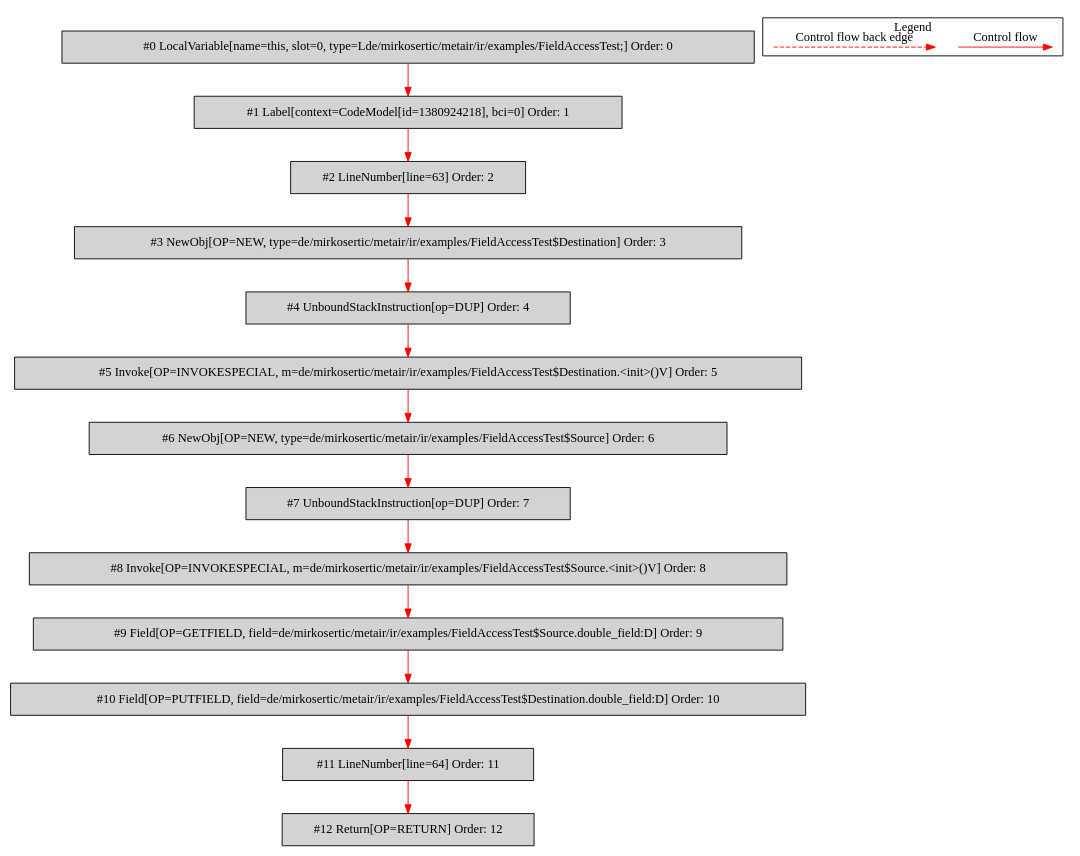
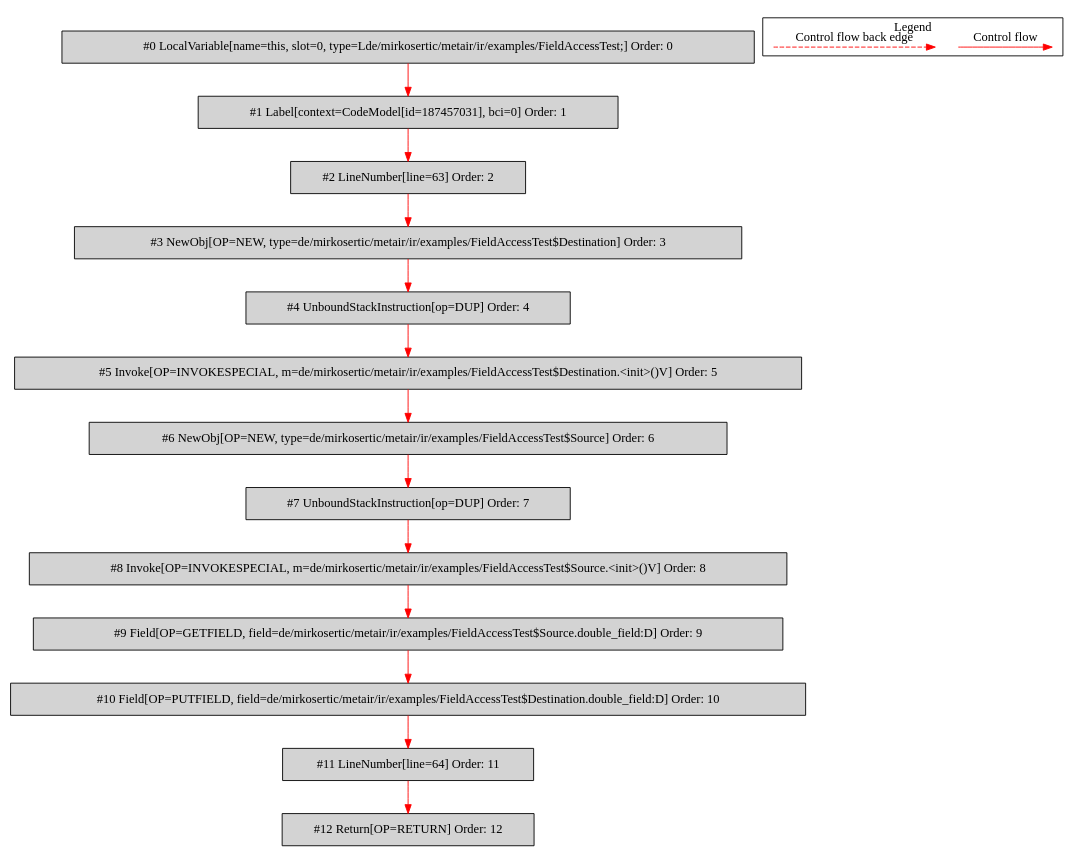
Before and after one commit to mirkosertic/MetaIR: the diagram in de.mirkosertic.metair.ir.examples.FieldAccessTest/copy_double/bytecodecfg.dot, drawn with Graphviz. The commit also changed 1238 other files, not shown here.

```diff
--- a/de.mirkosertic.metair.ir.examples.FieldAccessTest/copy_double/bytecodecfg.dot
+++ b/de.mirkosertic.metair.ir.examples.FieldAccessTest/copy_double/bytecodecfg.dot
@@ -1,42 +1,42 @@
 digraph {
  ordering="in";
  node0[label="#0 LocalVariable[name=this, slot=0, type=Lde/mirkosertic/metair/ir/examples/FieldAccessTest;] Order: 0", shape=box, fillcolor=lightgrey, style=filled];
- node1[label="#1 Label[context=CodeModel[id=1380924218], bci=0] Order: 1", shape=box, fillcolor=lightgrey, style=filled];
+ node1[label="#1 Label[context=CodeModel[id=187457031], bci=0] Order: 1", shape=box, fillcolor=lightgrey, style=filled];
  node2[label="#2 LineNumber[line=63] Order: 2", shape=box, fillcolor=lightgrey, style=filled];
  node3[label="#3 NewObj[OP=NEW, type=de/mirkosertic/metair/ir/examples/FieldAccessTest$Destination] Order: 3", shape=box, fillcolor=lightgrey, style=filled];
  node4[label="#4 UnboundStackInstruction[op=DUP] Order: 4", shape=box, fillcolor=lightgrey, style=filled];
  node5[label="#5 Invoke[OP=INVOKESPECIAL, m=de/mirkosertic/metair/ir/examples/FieldAccessTest$Destination.<init>()V] Order: 5", shape=box, fillcolor=lightgrey, style=filled];
  node6[label="#6 NewObj[OP=NEW, type=de/mirkosertic/metair/ir/examples/FieldAccessTest$Source] Order: 6", shape=box, fillcolor=lightgrey, style=filled];
  node7[label="#7 UnboundStackInstruction[op=DUP] Order: 7", shape=box, fillcolor=lightgrey, style=filled];
  node8[label="#8 Invoke[OP=INVOKESPECIAL, m=de/mirkosertic/metair/ir/examples/FieldAccessTest$Source.<init>()V] Order: 8", shape=box, fillcolor=lightgrey, style=filled];
  node9[label="#9 Field[OP=GETFIELD, field=de/mirkosertic/metair/ir/examples/FieldAccessTest$Source.double_field:D] Order: 9", shape=box, fillcolor=lightgrey, style=filled];
  node10[label="#10 Field[OP=PUTFIELD, field=de/mirkosertic/metair/ir/examples/FieldAccessTest$Destination.double_field:D] Order: 10", shape=box, fillcolor=lightgrey, style=filled];
  node11[label="#11 LineNumber[line=64] Order: 11", shape=box, fillcolor=lightgrey, style=filled];
  node12[label="#12 Return[OP=RETURN] Order: 12", shape=box, fillcolor=lightgrey, style=filled];
  node0 -> node1[color=red];
  node1 -> node2[color=red];
  node2 -> node3[color=red];
  node3 -> node4[color=red];
  node4 -> node5[color=red];
  node5 -> node6[color=red];
  node6 -> node7[color=red];
  node7 -> node8[color=red];
  node8 -> node9[color=red];
  node9 -> node10[color=red];
  node10 -> node11[color=red];
  node11 -> node12[color=red];
  subgraph cluster_000 {
   label = "Legend";
   node [shape=point]
   {
    rank=same;
    c0 [style = invis];
    c1 [style = invis];
    c2 [style = invis];
    c3 [style = invis];
   }
   c0 -> c1 [label="Control flow", style=solid, color=red]
   c2 -> c3 [label="Control flow back edge", style=dashed, color=red]
  }
 
 }
```
